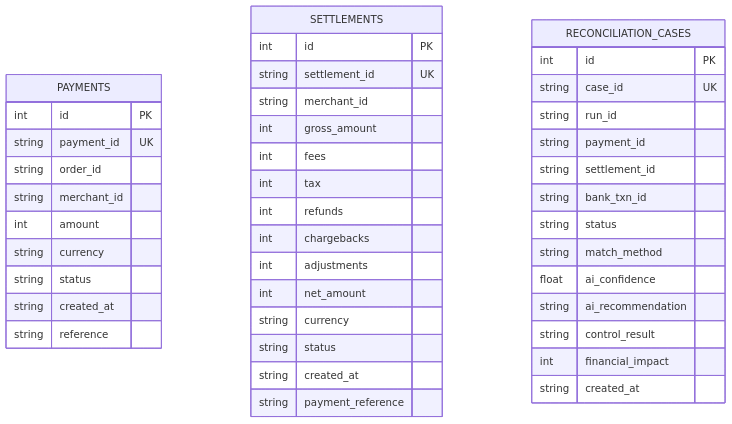
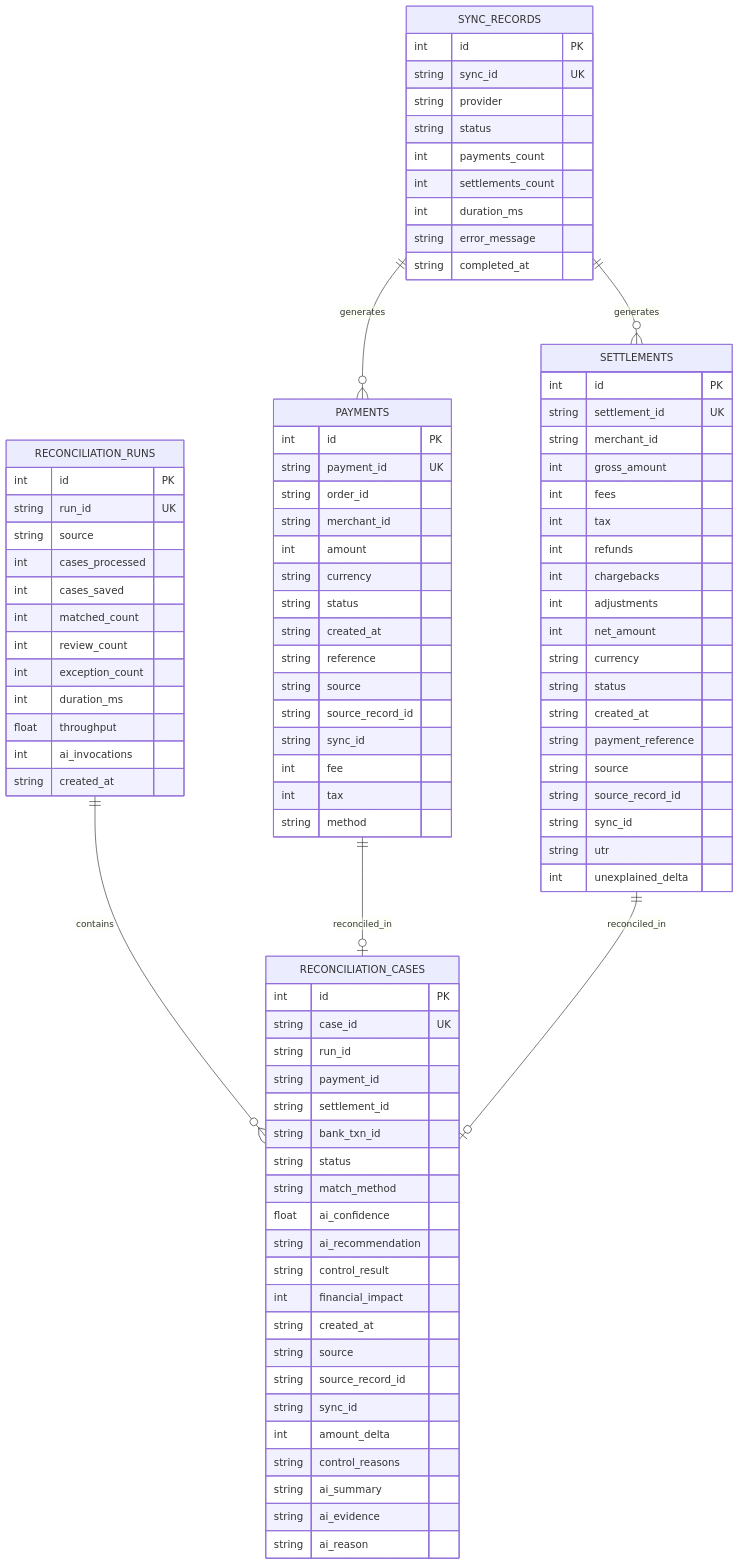
One commit to SanTiwari07/Aviro changed the diagram in docs/DATABASE.md. Above: the diagram before and after it, drawn with Mermaid. The commit also changed other lines of this file and 30 other files, not shown here.

````diff
--- a/docs/DATABASE.md
+++ b/docs/DATABASE.md
@@ -16,5 +17,32 @@
 ```mermaid
 erDiagram
+    SYNC_RECORDS {
+        int id PK
+        string sync_id UK
+        string provider
+        string status
+        int payments_count
+        int settlements_count
+        int duration_ms
+        string error_message
+        string completed_at
+    }
+
+    RECONCILIATION_RUNS {
+        int id PK
+        string run_id UK
+        string source
+        int cases_processed
+        int cases_saved
+        int matched_count
+        int review_count
+        int exception_count
+        int duration_ms
+        float throughput
+        int ai_invocations
+        string created_at
+    }
+
     PAYMENTS {
         int id PK
         string payment_id UK
@@ -25,6 +53,12 @@
         string status
         string created_at
         string reference
+        string source
+        string source_record_id
+        string sync_id
+        int fee
+        int tax
+        string method
     }
 
     SETTLEMENTS {
@@ -42,6 +76,11 @@
         string status
         string created_at
         string payment_reference
+        string source
+        string source_record_id
+        string sync_id
+        string utr
+        int unexplained_delta
     }
 
     RECONCILIATION_CASES {
@@ -58,5 +97,19 @@
         string control_result
         int financial_impact
         string created_at
+        string source
+        string source_record_id
+        string sync_id
+        int amount_delta
+        string control_reasons
+        string ai_summary
+        string ai_evidence
+        string ai_reason
     }
+
+    SYNC_RECORDS ||--o{ PAYMENTS : generates
+    SYNC_RECORDS ||--o{ SETTLEMENTS : generates
+    RECONCILIATION_RUNS ||--o{ RECONCILIATION_CASES : contains
+    PAYMENTS ||--o| RECONCILIATION_CASES : reconciled_in
+    SETTLEMENTS ||--o| RECONCILIATION_CASES : reconciled_in
 ```
````
